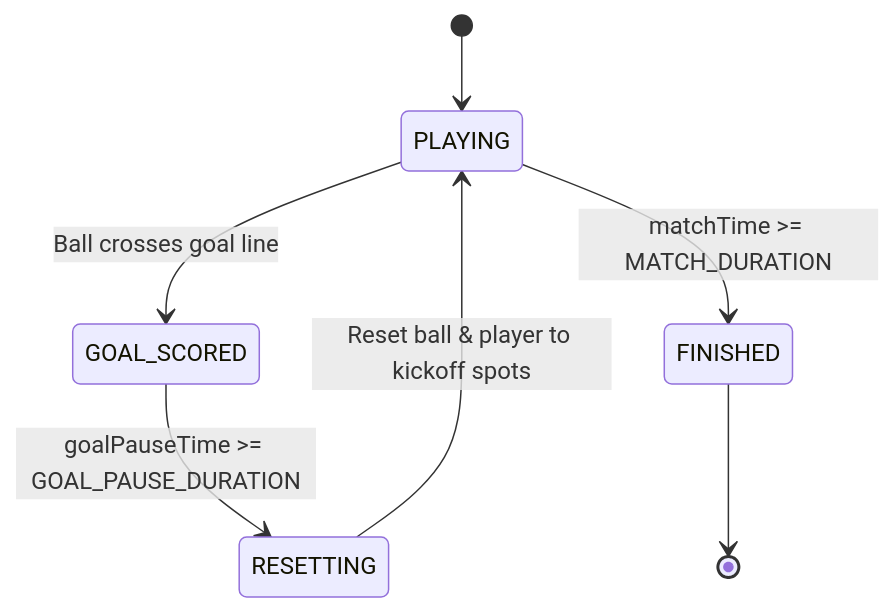
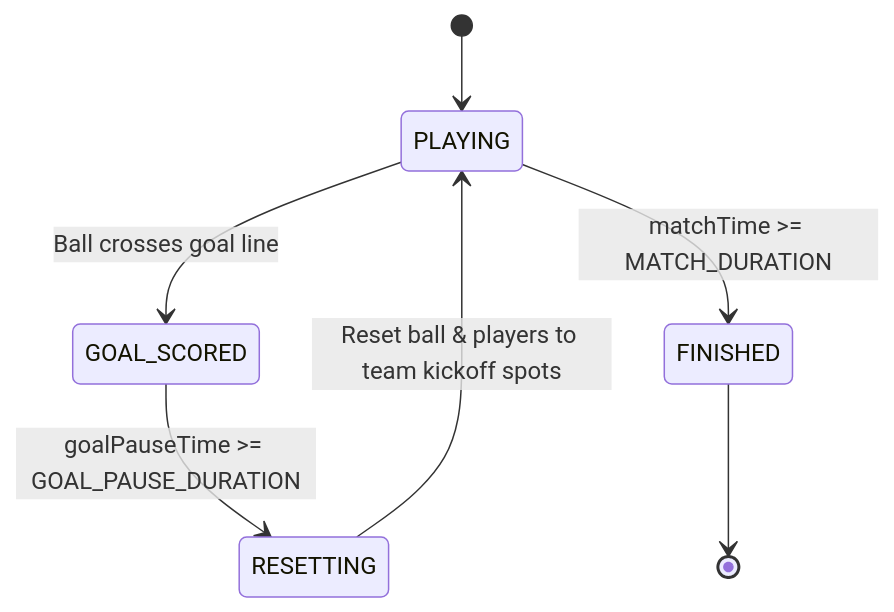
Before and after one commit to kapa11/The-Ball-Game: the diagram in README.md, drawn with Mermaid. The commit also changed other lines of this file, not shown here.

````diff
--- a/README.md
+++ b/README.md
@@ -153,9 +179,9 @@
 ```mermaid
 stateDiagram-v2
     [*] --> PLAYING
     PLAYING --> GOAL_SCORED: Ball crosses goal line
     PLAYING --> FINISHED: matchTime >= MATCH_DURATION
     GOAL_SCORED --> RESETTING: goalPauseTime >= GOAL_PAUSE_DURATION
-    RESETTING --> PLAYING: Reset ball & player to kickoff spots
+    RESETTING --> PLAYING: Reset ball & players to team kickoff spots
     FINISHED --> [*]
 ```
````
